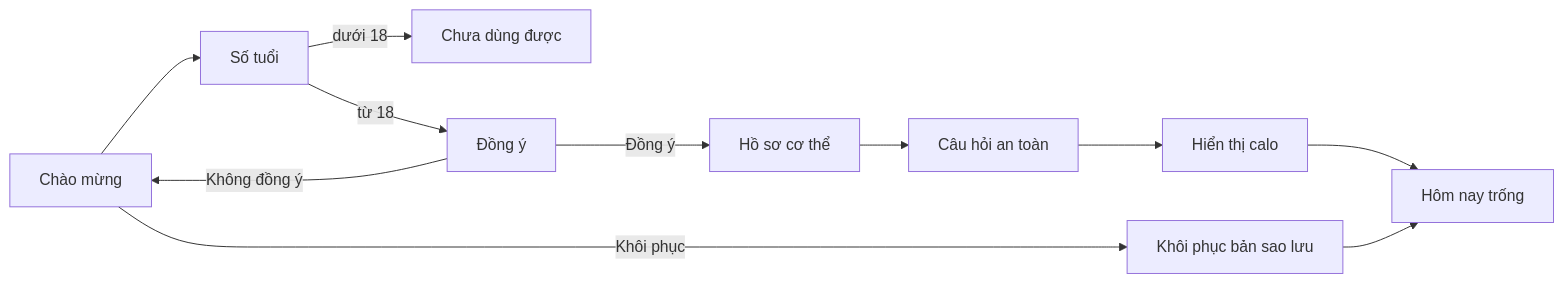
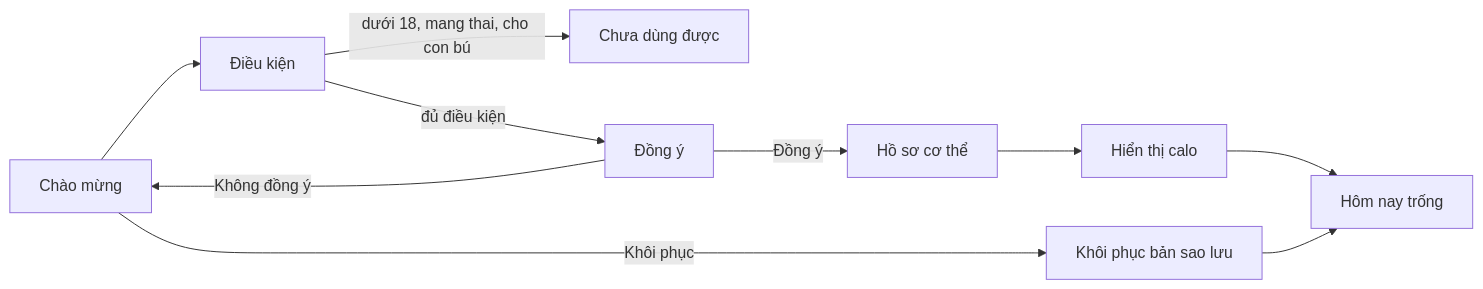
One commit to anhdt9/wholewell-app changed the second of 5 diagrams in docs/design/mvp-overview.md. Above: the diagram before and after it, drawn with Mermaid. The commit also changed other lines of this file and 6 other files, not shown here.

````diff
--- a/docs/design/mvp-overview.md
+++ b/docs/design/mvp-overview.md
@@ -87,9 +88,9 @@
 ```mermaid
 flowchart LR
-  W[Chào mừng] --> A[Số tuổi]
-  A -->|dưới 18| X[Chưa dùng được]
-  A -->|từ 18| C[Đồng ý]
+  W[Chào mừng] --> A[Điều kiện]
+  A -->|dưới 18, mang thai, cho con bú| X[Chưa dùng được]
+  A -->|đủ điều kiện| C[Đồng ý]
   C -->|Không đồng ý| W
-  C -->|Đồng ý| P[Hồ sơ cơ thể] --> Q[Câu hỏi an toàn] --> K[Hiển thị calo] --> H[Hôm nay trống]
+  C -->|Đồng ý| P[Hồ sơ cơ thể] --> K[Hiển thị calo] --> H[Hôm nay trống]
   W -->|Khôi phục| R[Khôi phục bản sao lưu] --> H
 ```
````
